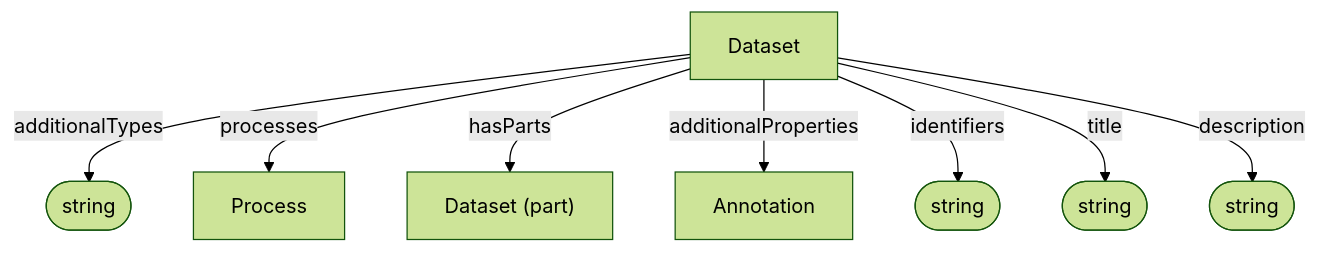
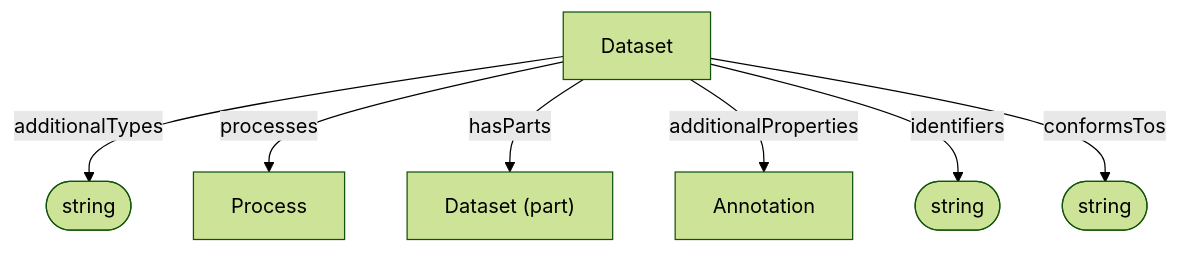
Before and after one commit to HLWeil/ARC-base-model: the diagram in docs/spec/process_provenance/Dataset.md, drawn with Mermaid (forest theme). The commit also changed other lines of this file and 2 other files, not shown here.

Commit message:
removed title and description  from semantic-designation and process-provenance profiles

````diff
--- a/docs/spec/process_provenance/Dataset.md
+++ b/docs/spec/process_provenance/Dataset.md
@@ -29,18 +27,16 @@
 ```mermaid
 flowchart TD
 
     additionalTypes@{ shape: stadium, label: "string" }
 
     id@{ shape: stadium, label: "string" }
-    na@{ shape: stadium, label: "string" }
-    de@{ shape: stadium, label: "string" }
+    ct@{ shape: stadium, label: "string" }
 
     d[Dataset]
     d --additionalTypes--> additionalTypes
     d --processes--> Process
     d --hasParts--> part["Dataset (part)"]
     d --additionalProperties--> Annotation
     d --identifiers--> id
-    d --title--> na
-    d --description--> de
+    d --conformsTos--> ct
 ```
````
